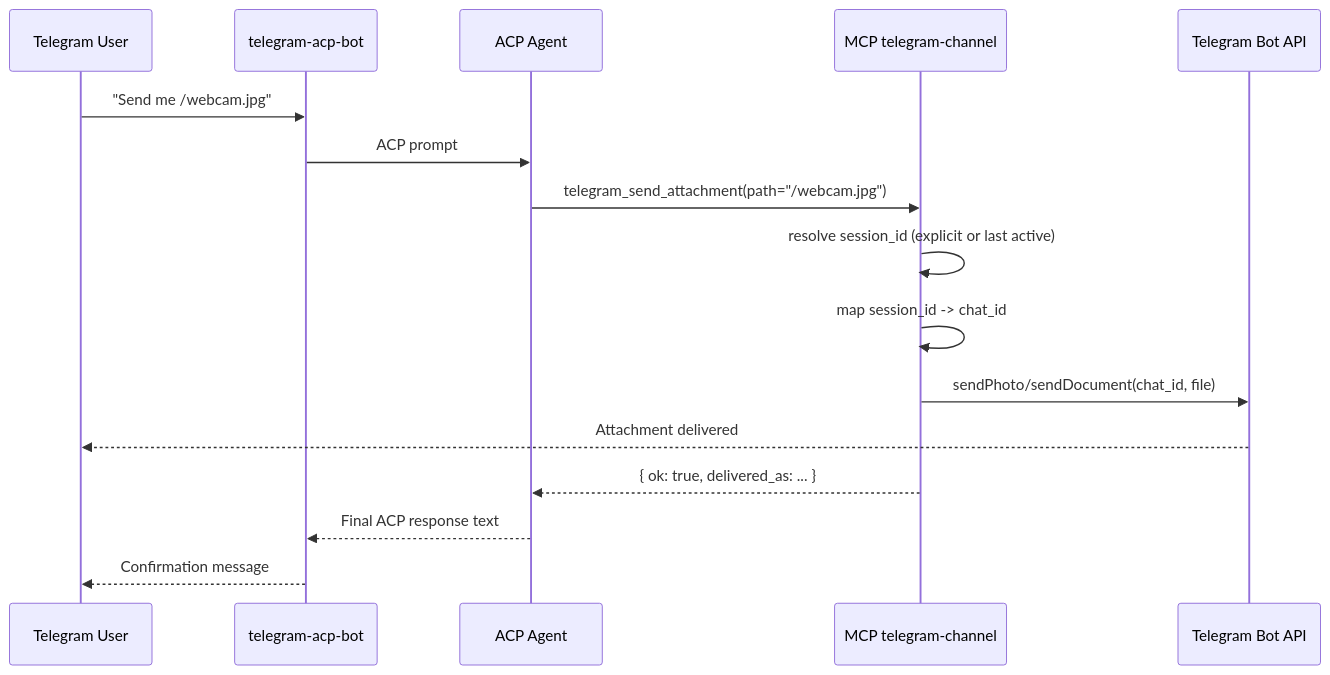
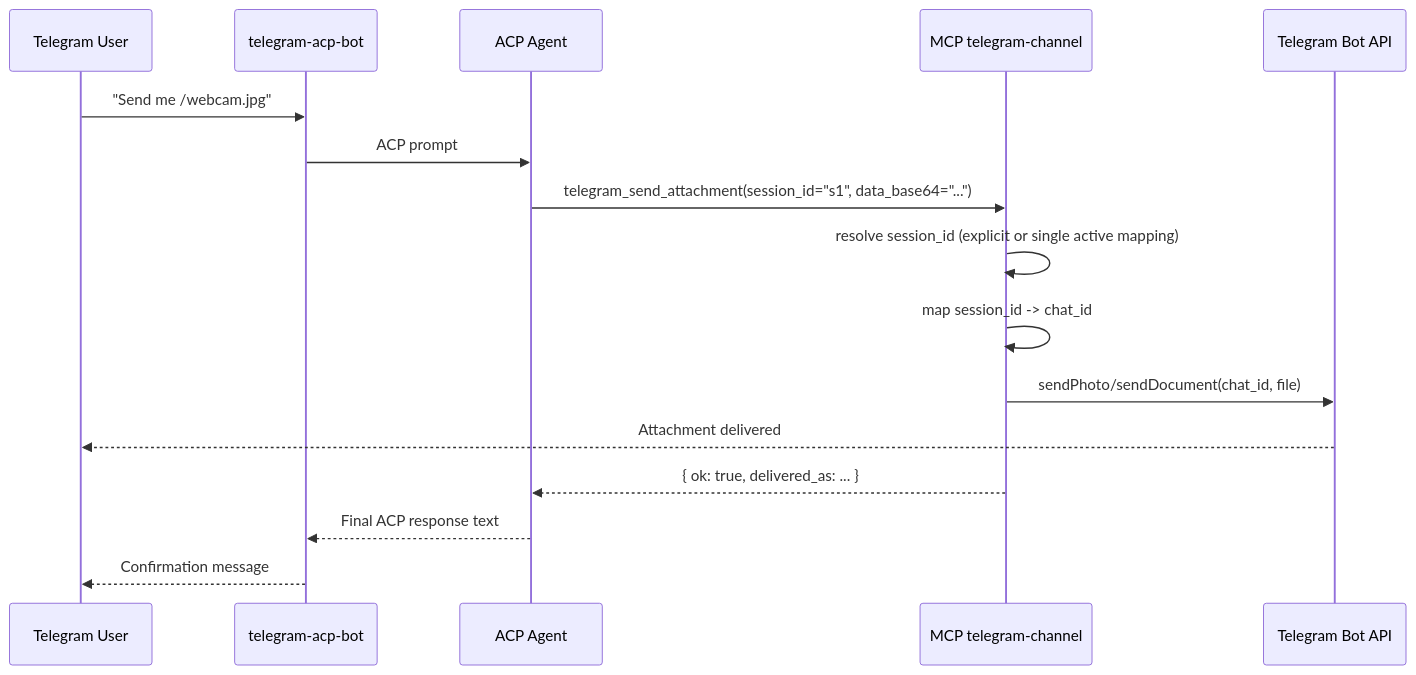
One commit to mgaitan/telegram-acp-bot changed the diagram in docs/mcp.md. Above: the diagram before and after it, drawn with Mermaid. The commit also changed other lines of this file and 4 other files, not shown here.

````diff
--- a/docs/mcp.md
+++ b/docs/mcp.md
@@ -59,20 +61,20 @@
 ```{mermaid}
 :align: center
 sequenceDiagram
     participant U as Telegram User
     participant B as telegram-acp-bot
     participant A as ACP Agent
     participant M as MCP telegram-channel
     participant T as Telegram Bot API
 
     U->>B: "Send me /webcam.jpg"
     B->>A: ACP prompt
-    A->>M: telegram_send_attachment(path="/webcam.jpg")
-    M->>M: resolve session_id (explicit or last active)
+    A->>M: telegram_send_attachment(session_id="s1", data_base64="...")
+    M->>M: resolve session_id (explicit or single active mapping)
     M->>M: map session_id -> chat_id
     M->>T: sendPhoto/sendDocument(chat_id, file)
     T-->>U: Attachment delivered
     M-->>A: { ok: true, delivered_as: ... }
     A-->>B: Final ACP response text
     B-->>U: Confirmation message
 ```
````
